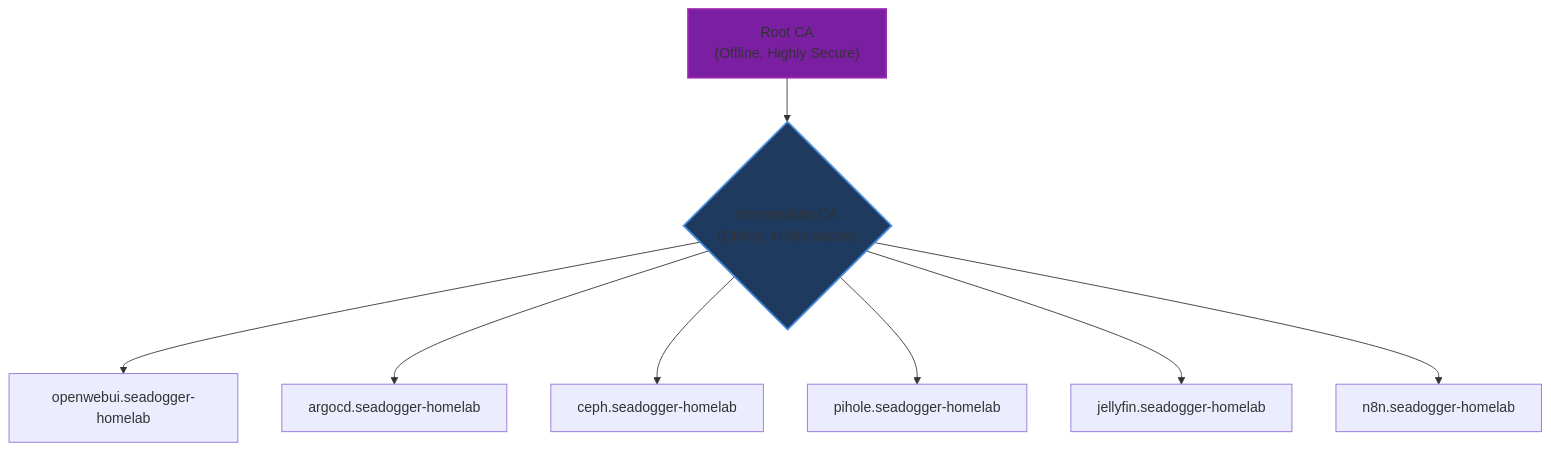
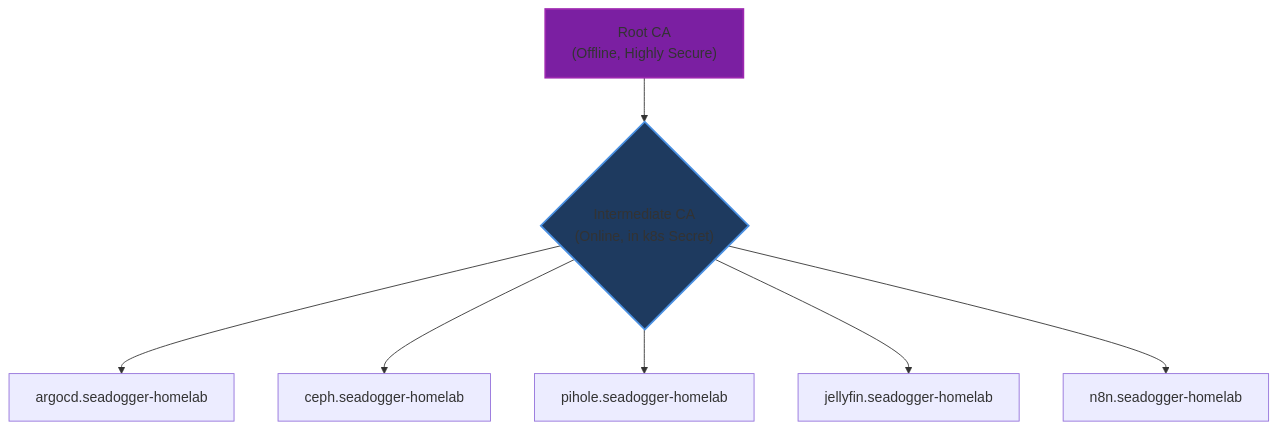
Before and after one commit to seadogger-tech/seadogger-homelab: the first of 8 diagrams in docs/wiki/08-Security-and-Certificates.md, drawn with Mermaid. The commit also changed other lines of this file, not shown here.

````diff
--- a/docs/wiki/08-Security-and-Certificates.md
+++ b/docs/wiki/08-Security-and-Certificates.md
@@ -25,13 +25,12 @@
 ```mermaid
 graph TD
     A["Root CA<br>(Offline, Highly Secure)"] --> B{"Intermediate CA<br>(Online, in k8s Secret)"};
-    B --> openwebui["openwebui.seadogger-homelab"];
     B --> argocd["argocd.seadogger-homelab"];
     B --> ceph["ceph.seadogger-homelab"];
     B --> pihole["pihole.seadogger-homelab"];
     B --> jellyfin["jellyfin.seadogger-homelab"];
     B --> n8n["n8n.seadogger-homelab"];
 
     style A fill:#7b1fa2,stroke:#9c27b0,stroke-width:2px
     style B fill:#1e3a5f,stroke:#4a90e2,stroke-width:2px
 ```
````
